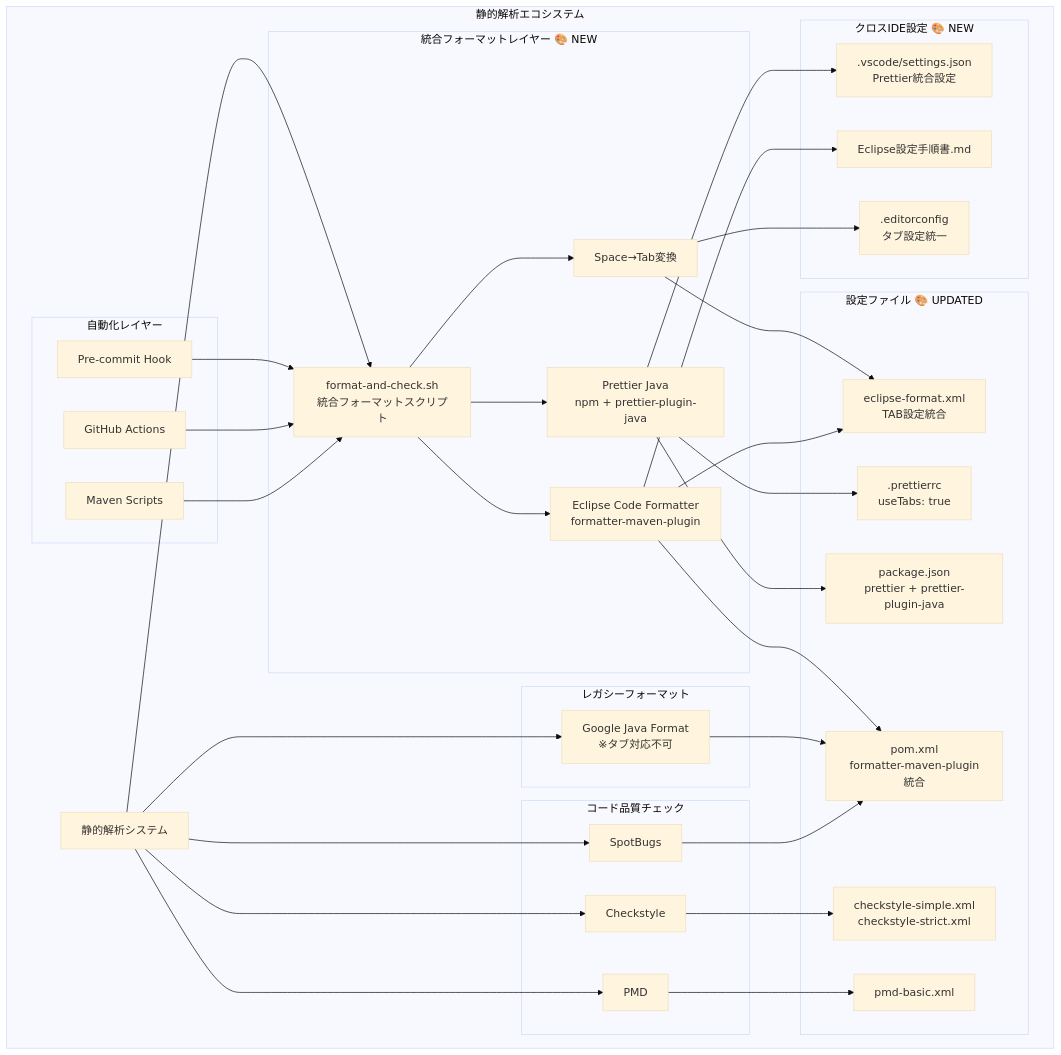
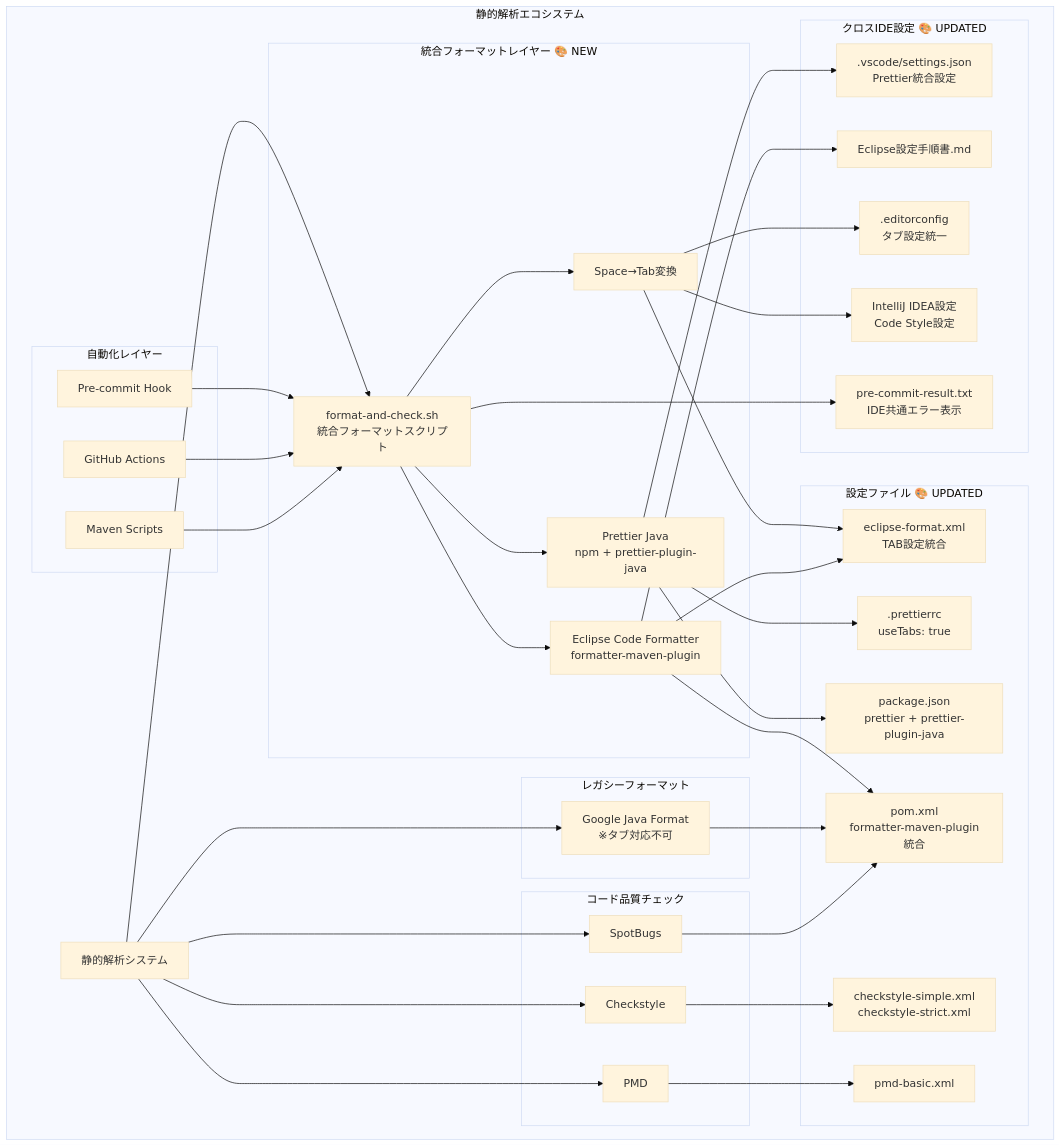
One commit to digital-ojt/development-webCourse-DroneInventorySystem changed the first of 17 diagrams in scripts/STATIC_ANALYSIS_TOOLS_FEATURE_DIAGRAM.md. Above: the diagram before and after it, drawn with Mermaid (base theme). The commit also changed other lines of this file and 1 other file, not shown here.

Commit message:
シーケンス図の更新

````diff
--- a/scripts/STATIC_ANALYSIS_TOOLS_FEATURE_DIAGRAM.md
+++ b/scripts/STATIC_ANALYSIS_TOOLS_FEATURE_DIAGRAM.md
@@ -10,73 +11,78 @@
 ```mermaid
 graph TB
     subgraph "静的解析エコシステム"
         SA[静的解析システム]
         
         subgraph "統合フォーマットレイヤー 🎨 NEW"
             IFS[format-and-check.sh<br/>統合フォーマットスクリプト]
             ST[Space→Tab変換]
             PJ[Prettier Java<br/>npm + prettier-plugin-java]
             EF[Eclipse Code Formatter<br/>formatter-maven-plugin]
         end
         
         subgraph "コード品質チェック"
             CS[Checkstyle]
             PMD[PMD]
             SB[SpotBugs]
         end
         
         subgraph "レガシーフォーマット"
             GJF[Google Java Format<br/>※タブ対応不可]
         end
         
         subgraph "自動化レイヤー"
             PC[Pre-commit Hook]
             CI[GitHub Actions]
             MS[Maven Scripts]
         end
         
         subgraph "設定ファイル 🎨 UPDATED"
             CSC[checkstyle-simple.xml<br/>checkstyle-strict.xml]
             PMDC[pmd-basic.xml]
             EFC[eclipse-format.xml<br/>TAB設定統合]
             PRC[.prettierrc<br/>useTabs: true]
             PCJ[package.json<br/>prettier + prettier-plugin-java]
             POM[pom.xml<br/>formatter-maven-plugin統合]
         end
         
-        subgraph "クロスIDE設定 🎨 NEW"
+        subgraph "クロスIDE設定 🎨 UPDATED"
             VSC[.vscode/settings.json<br/>Prettier統合設定]
             EC[.editorconfig<br/>タブ設定統一]
             EPR[Eclipse設定手順書.md]
+            IJC[IntelliJ IDEA設定<br/>Code Style設定]
+            PRT[pre-commit-result.txt<br/>IDE共通エラー表示]
         end
     end
     
     SA --> IFS
     IFS --> ST
     IFS --> PJ
     IFS --> EF
     
     SA --> CS
     SA --> PMD
     SA --> SB
     SA --> GJF
     
     ST --> EFC
     PJ --> PRC
     PJ --> PCJ
     EF --> EFC
     EF --> POM
     
     CS --> CSC
     PMD --> PMDC
     GJF --> POM
     SB --> POM
     
     PJ --> VSC
     EF --> EPR
     ST --> EC
+    ST --> IJC
     
     PC --> IFS
     CI --> IFS
     MS --> IFS
+    
+    IFS --> PRT
 ```
````
